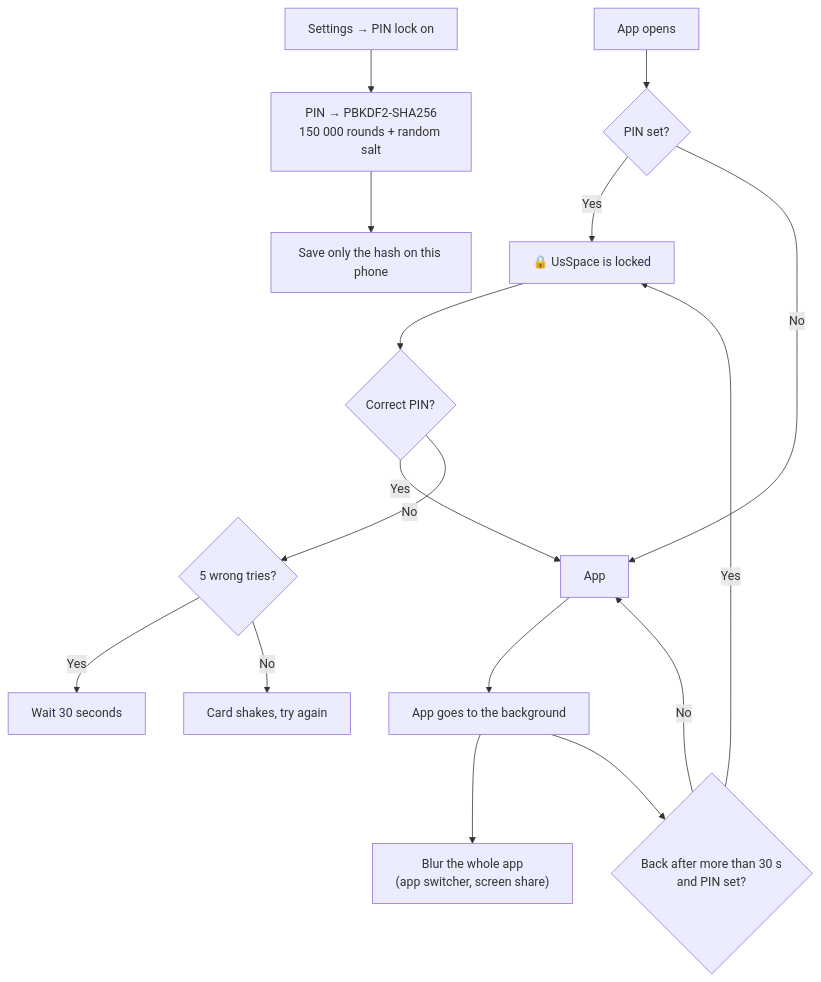
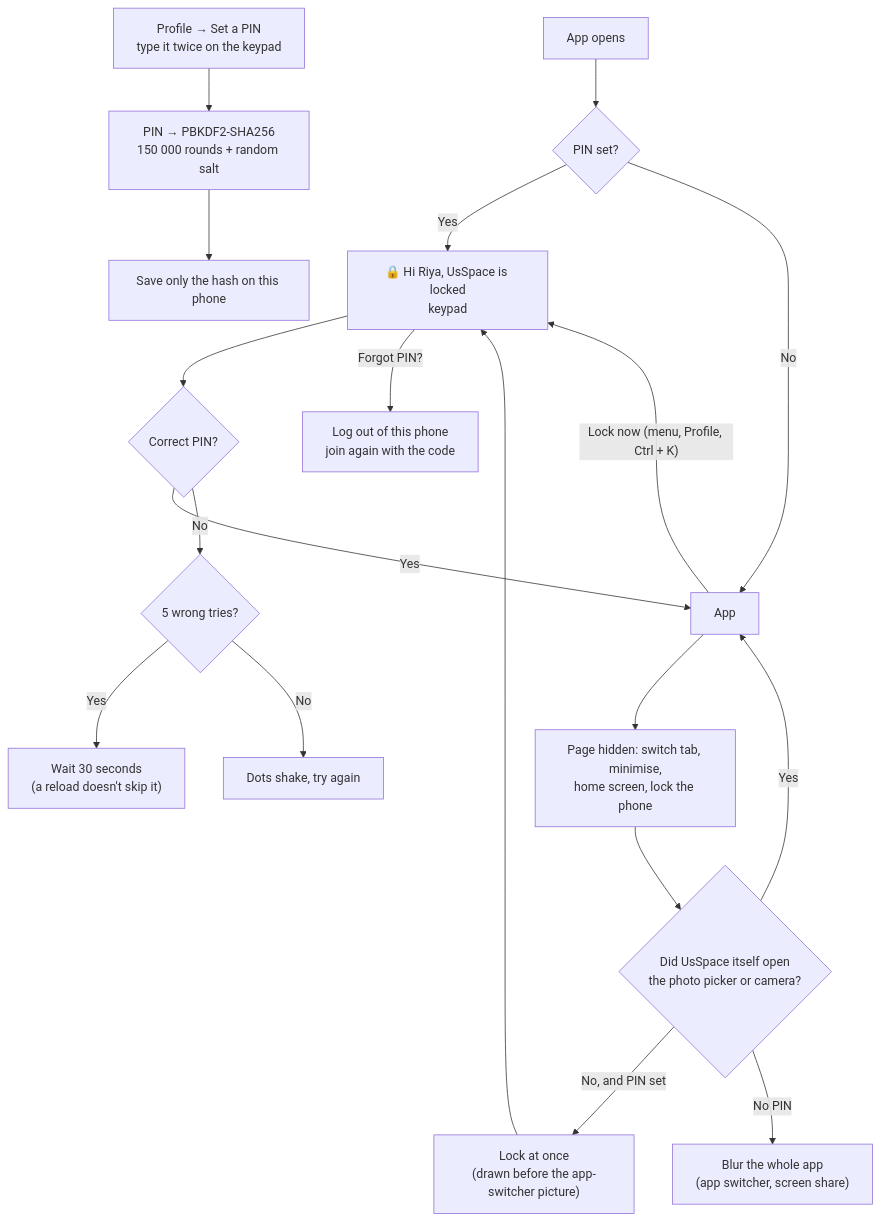
One commit to silent-coder-dev/private-space changed diagram 24 of 34 in front-end/doc/04-flowcharts.md. Above: the diagram before and after it, drawn with Mermaid. The commit also changed other lines of this file and 56 other files, not shown here.

````diff
--- a/front-end/doc/04-flowcharts.md
+++ b/front-end/doc/04-flowcharts.md
@@ -528,18 +536,21 @@
 ```mermaid
 flowchart TD
-    S["Settings → PIN lock on"] --> H["PIN → PBKDF2-SHA256<br/>150 000 rounds + random salt"]
+    S["Profile → Set a PIN<br/>type it twice on the keypad"] --> H["PIN → PBKDF2-SHA256<br/>150 000 rounds + random salt"]
     H --> K["Save only the hash on this phone"]
     O["App opens"] --> L{"PIN set?"}
-    L -->|"Yes"| LS["🔒 UsSpace is locked"]
+    L -->|"Yes"| LS["🔒 Hi Riya, UsSpace is locked<br/>keypad"]
     L -->|"No"| APP["App"]
     LS --> E{"Correct PIN?"}
     E -->|"Yes"| APP
     E -->|"No"| F{"5 wrong tries?"}
-    F -->|"Yes"| W["Wait 30 seconds"]
-    F -->|"No"| SH["Card shakes, try again"]
-    APP --> BG["App goes to the background"]
-    BG --> BL["Blur the whole app<br/>(app switcher, screen share)"]
-    BG --> BK{"Back after more than 30 s<br/>and PIN set?"}
-    BK -->|"Yes"| LS
-    BK -->|"No"| APP
+    F -->|"Yes"| W["Wait 30 seconds<br/>(a reload doesn't skip it)"]
+    F -->|"No"| SH["Dots shake, try again"]
+    LS -->|"Forgot PIN?"| OUT["Log out of this phone<br/>join again with the code"]
+    APP --> BG["Page hidden: switch tab, minimise,<br/>home screen, lock the phone"]
+    BG --> PK{"Did UsSpace itself open<br/>the photo picker or camera?"}
+    PK -->|"Yes"| APP
+    PK -->|"No, and PIN set"| NOW["Lock at once<br/>(drawn before the app-switcher picture)"]
+    NOW --> LS
+    PK -->|"No PIN"| BL["Blur the whole app<br/>(app switcher, screen share)"]
+    APP -->|"Lock now (menu, Profile, Ctrl + K)"| LS
 ```
````
